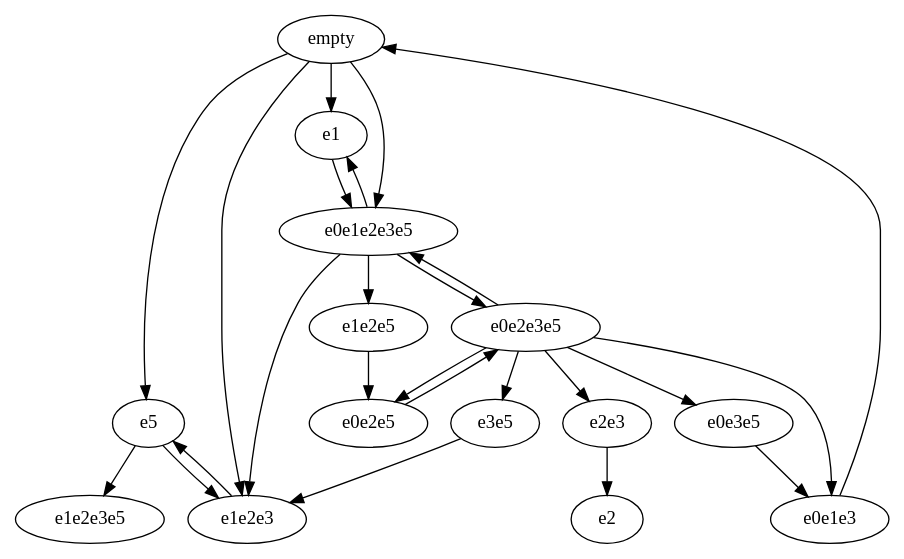
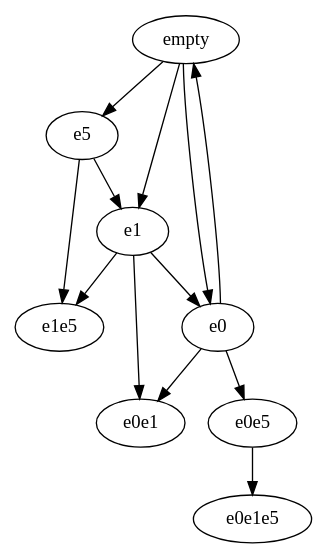
Before and after one commit to ryysd/PrototypePOR: the diagram in tmp/act.dot, drawn with Graphviz. The commit also changed 10 other files, not shown here.

```diff
--- a/tmp/act.dot
+++ b/tmp/act.dot
@@ -1,31 +1,32 @@
 strict digraph {
   empty->e5;
-  empty->e1e2e3;
   empty->e1;
-  empty->e0e1e2e3e5;
+  empty->e0;
   empty->e5;
-  e5->e1e2e3e5;
-  e5->e1e2e3;
-  e1e2e3->e5;
-  e0e1e2e3e5->e1e2e5;
-  e0e1e2e3e5->e1e2e3;
-  e0e1e2e3e5->e0e2e3e5;
-  e0e1e2e3e5->e1;
-  e1->e0e1e2e3e5;
-  e0e2e3e5->e2e3;
-  e0e2e3e5->e0e3e5;
-  e0e2e3e5->e3e5;
-  e0e2e3e5->e0e2e5;
-  e0e2e3e5->e0e1e3;
-  e0e2e3e5->e0e1e2e3e5;
-  e0e1e3->empty;
-  e0e2e5->e0e2e3e5;
-  e3e5->e1e2e3;
-  e0e3e5->e0e1e3;
-  e2e3->e2;
-  e1e2e5->e0e2e5;
-  e1->e0e1e2e3e5;
-  e1e2e3->e5;
-  e5->e1e2e3e5;
-  e5->e1e2e3;
+  empty->e1;
+  empty->e5;
+  e5->e1e5;
+  e5->e1;
+  e1->e0e1;
+  e1->e1e5;
+  e1->e0;
+  e0->e0e5;
+  e0->e0e1;
+  e0->e0e1;
+  e0->empty;
+  e0e5->e0e1e5;
+  e1->e0e1;
+  e1->e1e5;
+  e1->e0;
+  e5->e1e5;
+  e5->e1;
+  e0->e0e5;
+  e0->e0e1;
+  e0->e0e1;
+  e0->empty;
+  e1->e0e1;
+  e1->e1e5;
+  e1->e0;
+  e5->e1e5;
+  e5->e1;
 }
```
